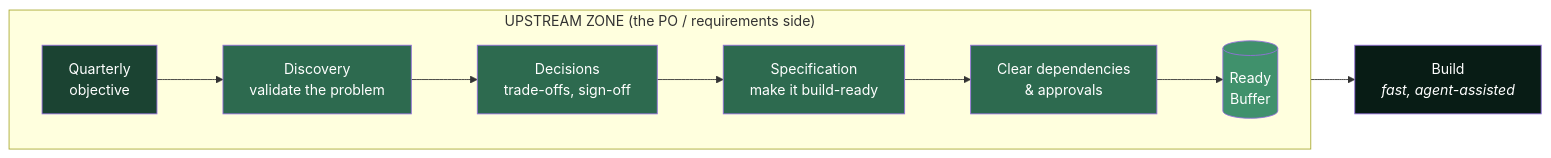
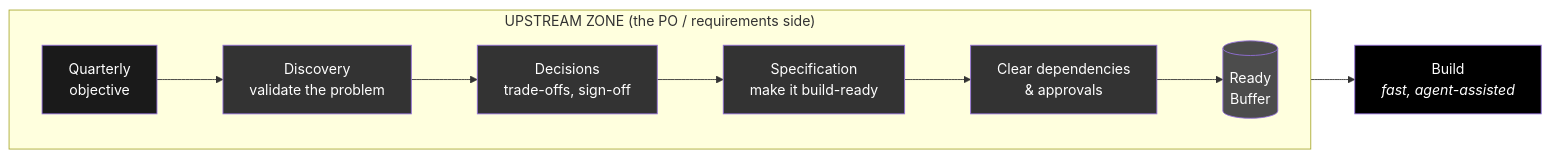
One commit to RED-Internal-Development/delivery-operating-model changed the second of 4 diagrams in docs/upstream-blockers.md. Above: the diagram before and after it, drawn with Mermaid. The commit also changed other lines of this file, not shown here.

````diff
--- a/docs/upstream-blockers.md
+++ b/docs/upstream-blockers.md
@@ -64,20 +65,20 @@
 ```mermaid
 flowchart LR
     subgraph UP["UPSTREAM ZONE (the PO / requirements side)"]
         direction LR
         OBJ["Quarterly<br/>objective"] --> DISC["Discovery<br/>validate the problem"]
         DISC --> DEC["Decisions<br/>trade-offs, sign-off"]
         DEC --> SPEC["Specification<br/>make it build-ready"]
         SPEC --> DEP["Clear dependencies<br/>& approvals"]
         DEP --> RB[(Ready<br/>Buffer)]
     end
     RB --> BUILD["Build<br/><i>fast, agent-assisted</i>"]
 
-    style OBJ fill:#1b4332,color:#fff
-    style DISC fill:#2d6a4f,color:#fff
-    style DEC fill:#2d6a4f,color:#fff
-    style SPEC fill:#2d6a4f,color:#fff
-    style DEP fill:#2d6a4f,color:#fff
-    style RB fill:#40916c,color:#fff
-    style BUILD fill:#081c15,color:#fff
+    style OBJ fill:#1A1A1A,color:#fff
+    style DISC fill:#333333,color:#fff
+    style DEC fill:#333333,color:#fff
+    style SPEC fill:#333333,color:#fff
+    style DEP fill:#333333,color:#fff
+    style RB fill:#4C4C4C,color:#fff
+    style BUILD fill:#000000,color:#fff
 ```
````
